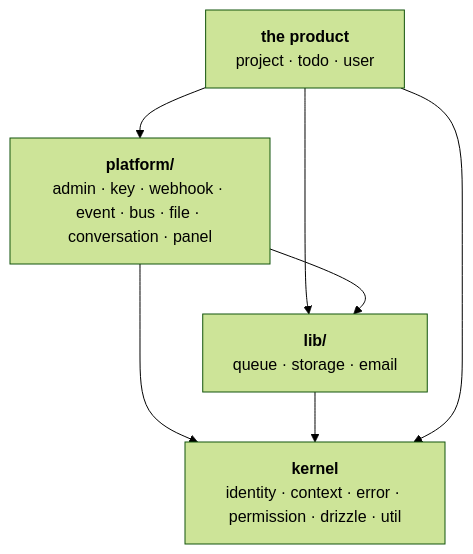
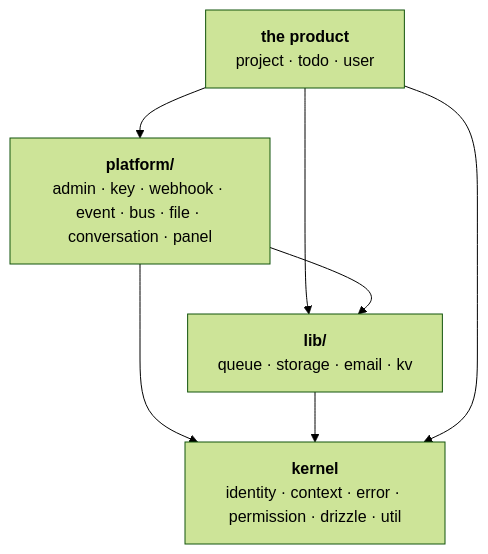
The diagram in docs/core.md (andre-brandao/template), drawn with Mermaid (forest theme) before and after one commit. The commit also changed other lines of this file and 15 other files, not shown here.

````diff
--- a/docs/core.md
+++ b/docs/core.md
@@ -6,14 +6,14 @@
 ```mermaid
 graph TD
   domain["<b>the product</b><br/>project · todo · user"]
   platform["<b>platform/</b><br/>admin · key · webhook · event · bus · file · conversation · panel"]
-  lib["<b>lib/</b><br/>queue · storage · email"]
+  lib["<b>lib/</b><br/>queue · storage · email · kv"]
   kernel["<b>kernel</b><br/>identity · context · error · permission · drizzle · util"]
 
   domain --> platform
   domain --> lib
   platform --> lib
   platform --> kernel
   lib --> kernel
   domain --> kernel
 ```
````
